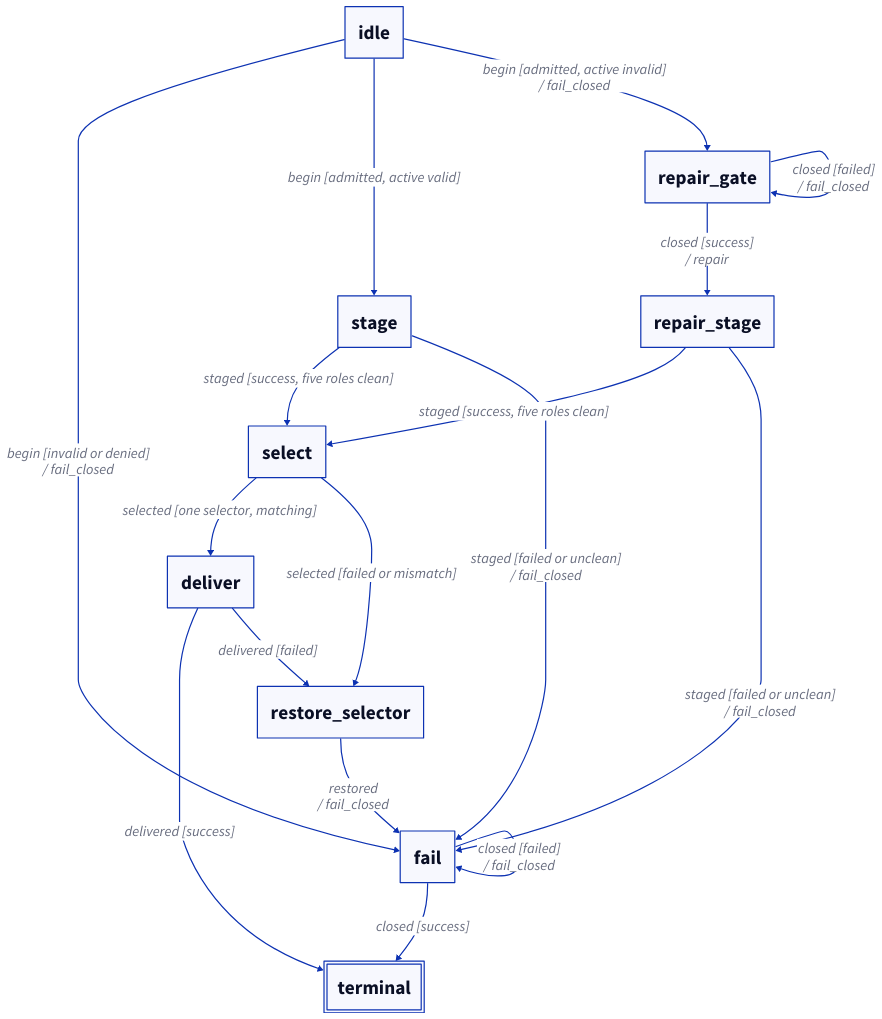
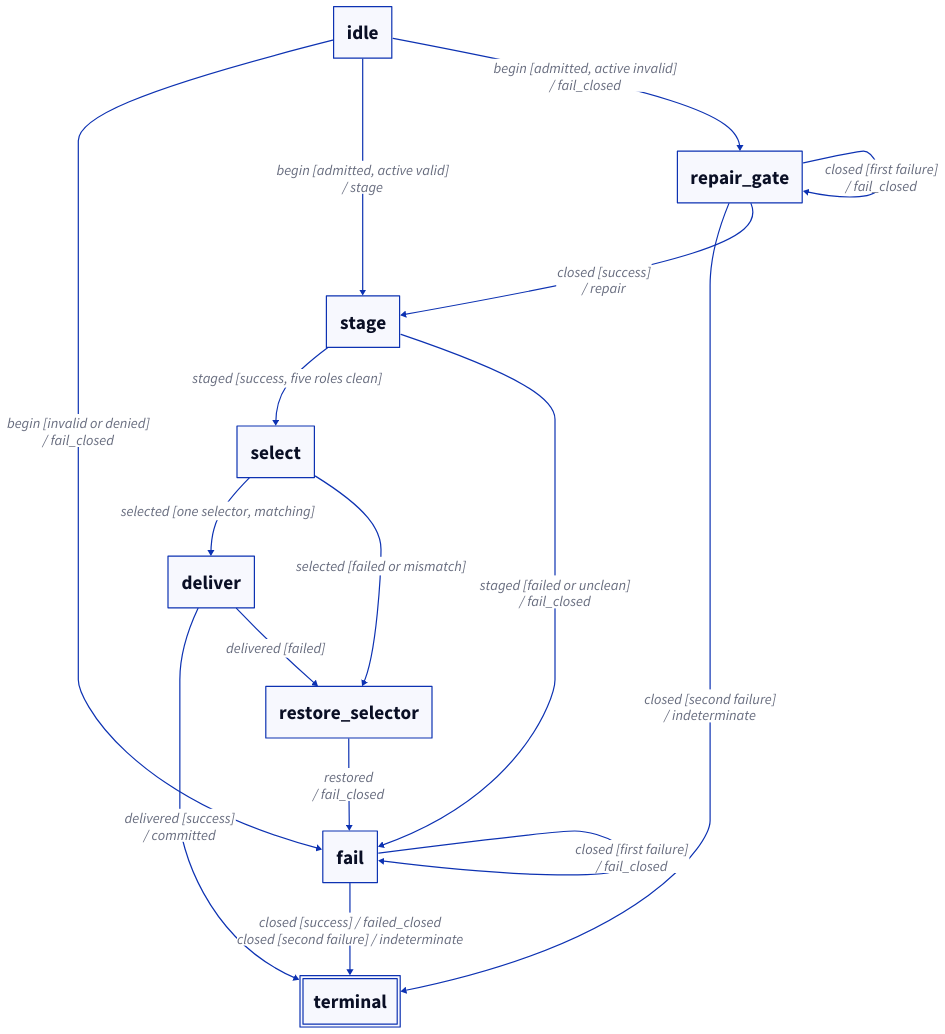
Before and after one commit to rei277hz/chromaticity: the diagram in products/perceptual-grade-book/docs/book/diagrams/04-bank-publication.d2, drawn with D2. The commit also changed 103 other files, not shown here.

```diff
--- a/products/perceptual-grade-book/docs/book/diagrams/04-bank-publication.d2
+++ b/products/perceptual-grade-book/docs/book/diagrams/04-bank-publication.d2
@@ -1,33 +1,31 @@
 direction: down
 
 idle: "idle"
 repair_gate: "repair_gate"
-repair_stage: "repair_stage"
 stage: "stage"
 select: "select"
 deliver: "deliver"
 restore_selector: "restore_selector"
 fail: "fail"
 terminal: "terminal" {
   style.double-border: true
 }
 
 idle -> fail: "begin [invalid or denied]\n/ fail_closed"
-idle -> stage: "begin [admitted, active valid]"
+idle -> stage: "begin [admitted, active valid]\n/ stage"
 idle -> repair_gate: "begin [admitted, active invalid]\n/ fail_closed"
-repair_gate -> repair_gate: "closed [failed]\n/ fail_closed"
-repair_gate -> repair_stage: "closed [success]\n/ repair"
+repair_gate -> repair_gate: "closed [first failure]\n/ fail_closed"
+repair_gate -> terminal: "closed [second failure]\n/ indeterminate"
+repair_gate -> stage: "closed [success]\n/ repair"
 stage -> select: "staged [success, five roles clean]"
 stage -> fail: "staged [failed or unclean]\n/ fail_closed"
-repair_stage -> select: "staged [success, five roles clean]"
-repair_stage -> fail: "staged [failed or unclean]\n/ fail_closed"
 select -> deliver: "selected [one selector, matching]"
 select -> restore_selector: "selected [failed or mismatch]"
-deliver -> terminal: "delivered [success]"
+deliver -> terminal: "delivered [success]\n/ committed"
 deliver -> restore_selector: "delivered [failed]"
 restore_selector -> fail: "restored\n/ fail_closed"
-fail -> fail: "closed [failed]\n/ fail_closed"
-fail -> terminal: "closed [success]"
+fail -> fail: "closed [first failure]\n/ fail_closed"
+fail -> terminal: "closed [success] / failed_closed\nclosed [second failure] / indeterminate"
 
 **.style.font-size: 32
 (** -> **)[*].style.font-size: 24
```
